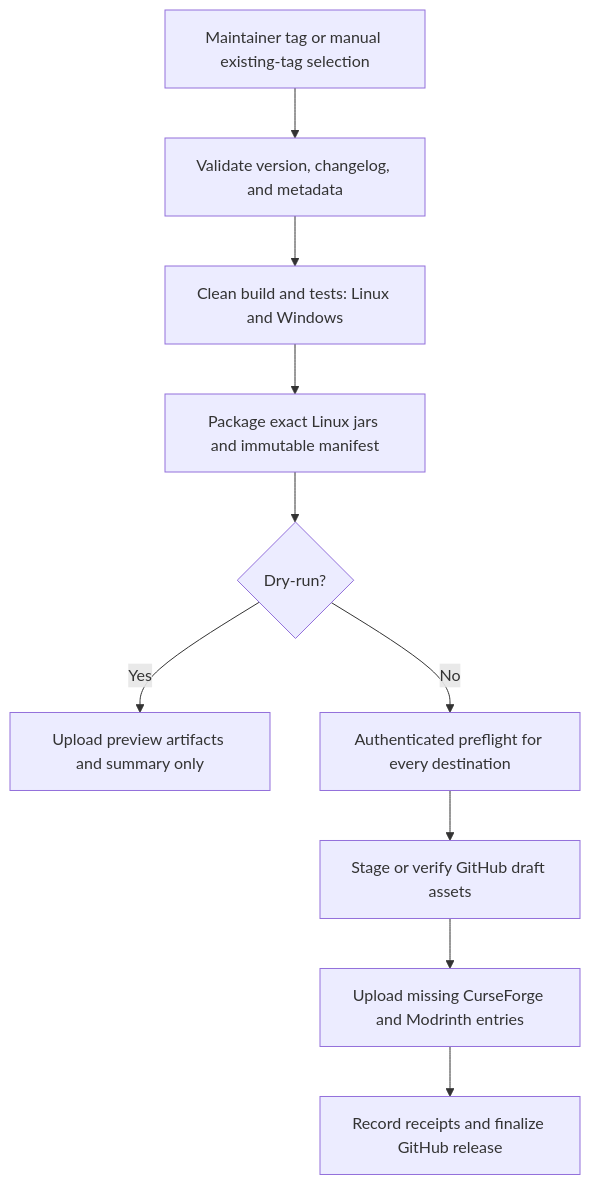
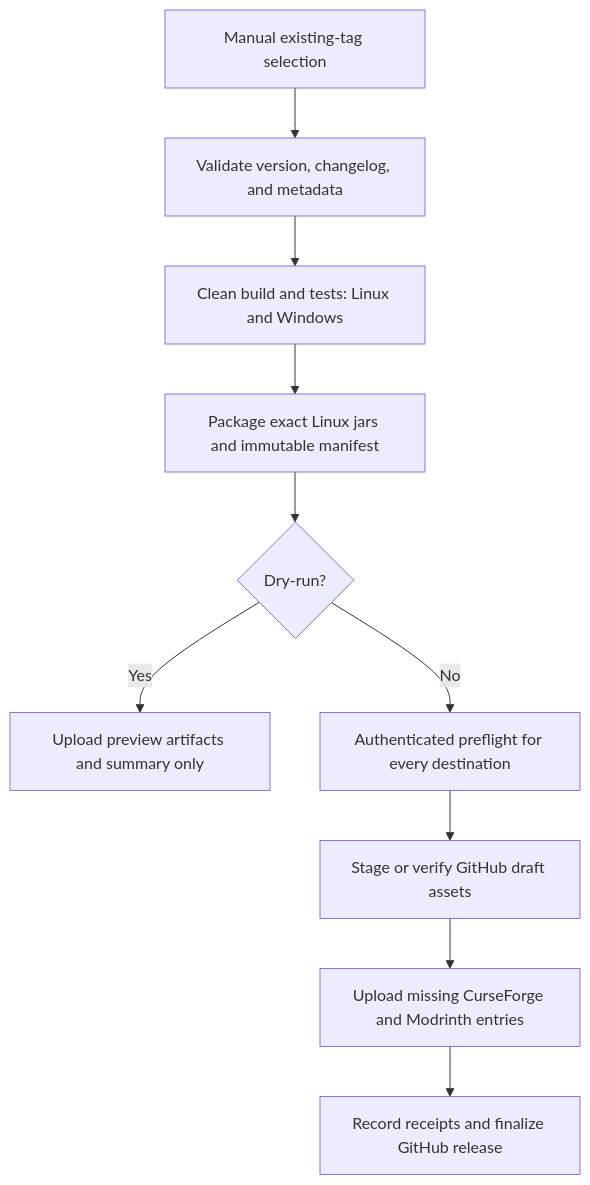
Before and after one commit to iso2t/Heavy-Inventories: the diagram in docs/PUBLISHING_PLAN.md, drawn with Mermaid. The commit also changed other lines of this file and 7 other files, not shown here.

Commit message:
Update publishing workflow for manual-only release process on `26.1` branch and refine branch/tag handling

````diff
--- a/docs/PUBLISHING_PLAN.md
+++ b/docs/PUBLISHING_PLAN.md
@@ -74,12 +74,12 @@
 ```mermaid
 flowchart TD
-    A[Maintainer tag or manual existing-tag selection] --> B[Validate version, changelog, and metadata]
+    A[Manual existing-tag selection] --> B[Validate version, changelog, and metadata]
     B --> C[Clean build and tests: Linux and Windows]
     C --> D[Package exact Linux jars and immutable manifest]
     D --> E{Dry-run?}
     E -->|Yes| F[Upload preview artifacts and summary only]
     E -->|No| G[Authenticated preflight for every destination]
     G --> H[Stage or verify GitHub draft assets]
     H --> I[Upload missing CurseForge and Modrinth entries]
     I --> J[Record receipts and finalize GitHub release]
 ```
````
